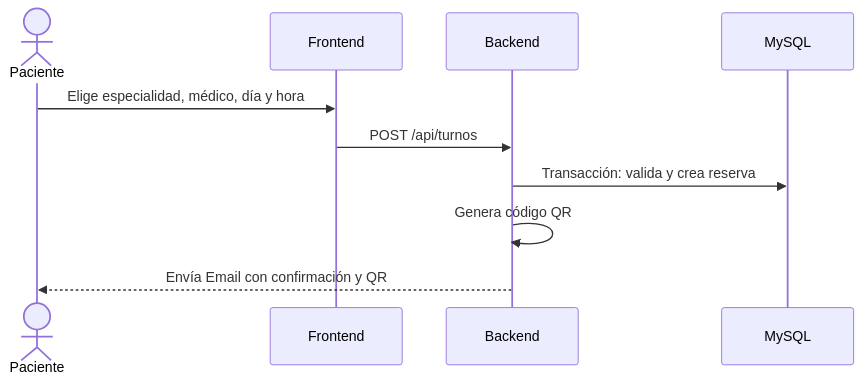
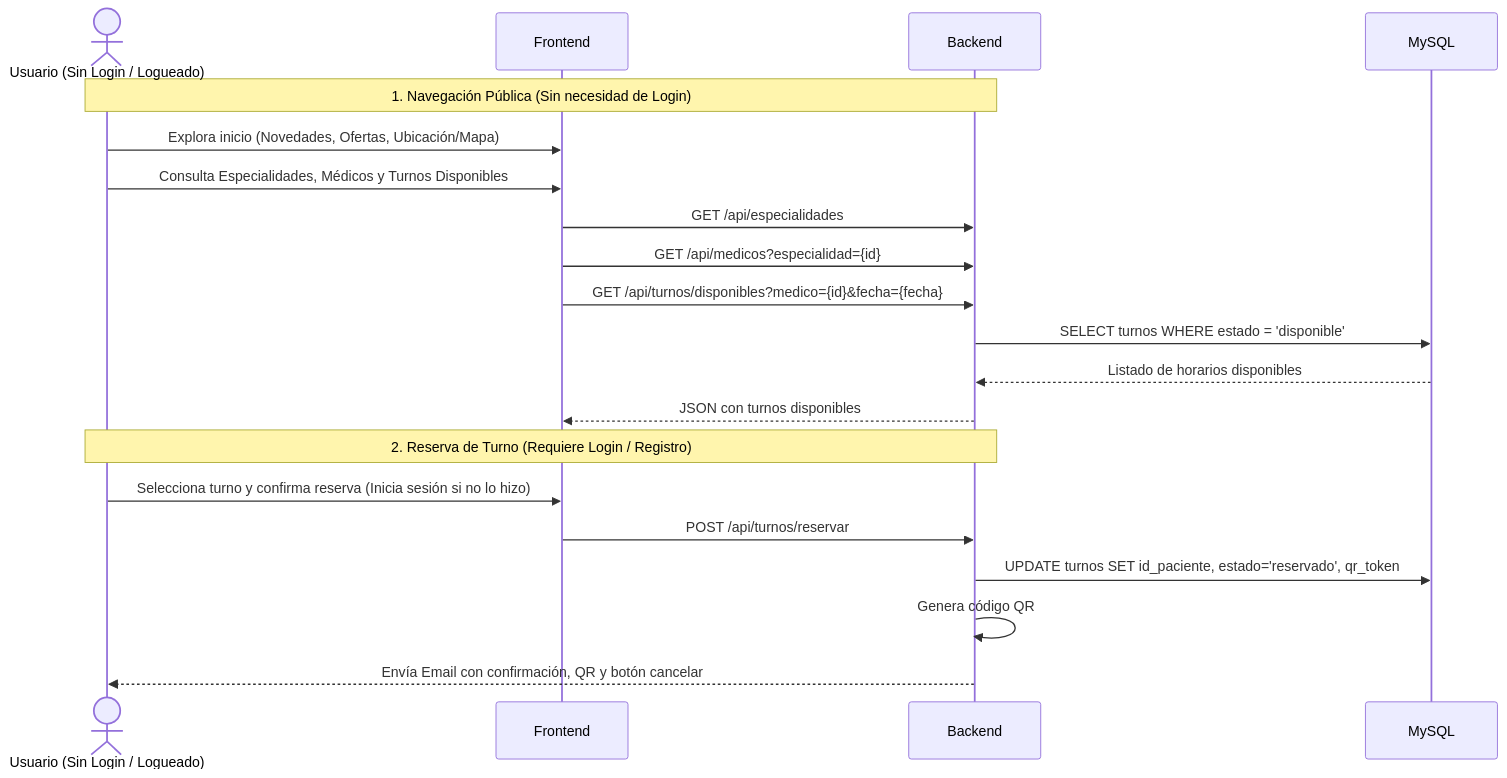
Before and after one commit to Jcasco-Fiuba/centro-medico-salud-integral: the second of 3 diagrams in docs/diagramas.md, drawn with Mermaid. The commit also changed other lines of this file and 2 other files, not shown here.

Commit message:
docs: actualizar ERD con tabla unificada usuarios, relacion N:M y alcance publico

````diff
--- a/docs/diagramas.md
+++ b/docs/diagramas.md
@@ -75,13 +71,24 @@
 ```mermaid
 sequenceDiagram
-    actor Paciente
+    actor Visitante as Usuario (Sin Login / Logueado)
     participant Frontend
     participant Backend
     participant BaseDatos as MySQL
 
-    Paciente->>Frontend: Elige especialidad, médico, día y hora
-    Frontend->>Backend: POST /api/turnos
-    Backend->>BaseDatos: Transacción: valida y crea reserva
+    Note over Visitante,Backend: 1. Navegación Pública (Sin necesidad de Login)
+    Visitante->>Frontend: Explora inicio (Novedades, Ofertas, Ubicación/Mapa)
+    Visitante->>Frontend: Consulta Especialidades, Médicos y Turnos Disponibles
+    Frontend->>Backend: GET /api/especialidades
+    Frontend->>Backend: GET /api/medicos?especialidad={id}
+    Frontend->>Backend: GET /api/turnos/disponibles?medico={id}&fecha={fecha}
+    Backend->>BaseDatos: SELECT turnos WHERE estado = 'disponible'
+    BaseDatos-->>Backend: Listado de horarios disponibles
+    Backend-->>Frontend: JSON con turnos disponibles
+
+    Note over Visitante,Backend: 2. Reserva de Turno (Requiere Login / Registro)
+    Visitante->>Frontend: Selecciona turno y confirma reserva (Inicia sesión si no lo hizo)
+    Frontend->>Backend: POST /api/turnos/reservar
+    Backend->>BaseDatos: UPDATE turnos SET id_paciente, estado='reservado', qr_token
     Backend->>Backend: Genera código QR
-    Backend-->>Paciente: Envía Email con confirmación y QR
+    Backend-->>Visitante: Envía Email con confirmación, QR y botón cancelar
 ```
````
